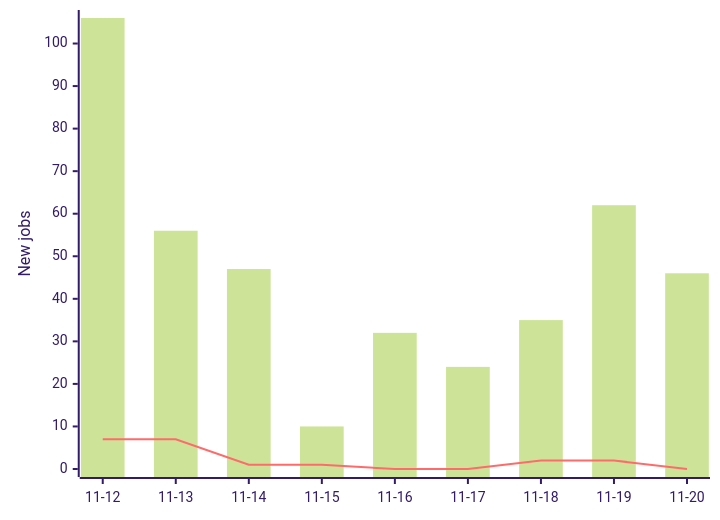
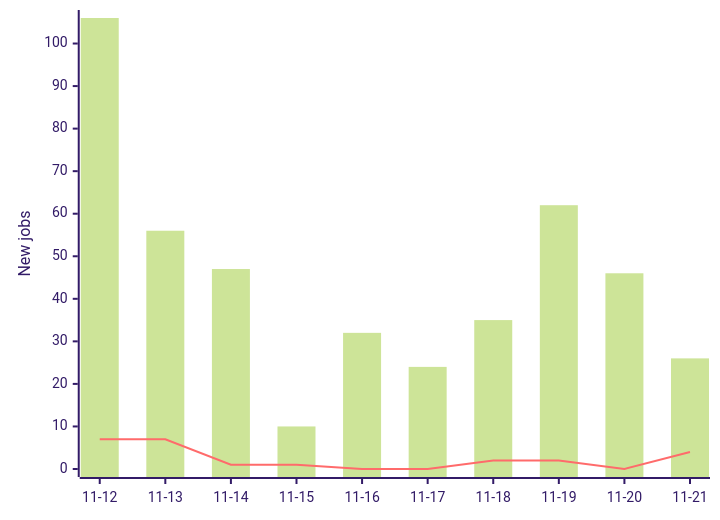
One commit to Mwangimark/frontend-job-tracker changed the diagram in README.md. Above: the diagram before and after it, drawn with Mermaid (forest theme). The commit also changed other lines of this file and 2 other files, not shown here.

````diff
--- a/README.md
+++ b/README.md
@@ -16,7 +16,7 @@
 ```mermaid
 xychart-beta
-    x-axis ["11-12", "11-13", "11-14", "11-15", "11-16", "11-17", "11-18", "11-19", "11-20"]
+    x-axis ["11-12", "11-13", "11-14", "11-15", "11-16", "11-17", "11-18", "11-19", "11-20", "11-21"]
     y-axis "New jobs" 0 --> 106
-    bar [106, 56, 47, 10, 32, 24, 35, 62, 46]
-    line [7, 7, 1, 1, 0, 0, 2, 2, 0]
+    bar [106, 56, 47, 10, 32, 24, 35, 62, 46, 26]
+    line [7, 7, 1, 1, 0, 0, 2, 2, 0, 4]
 ```
````
